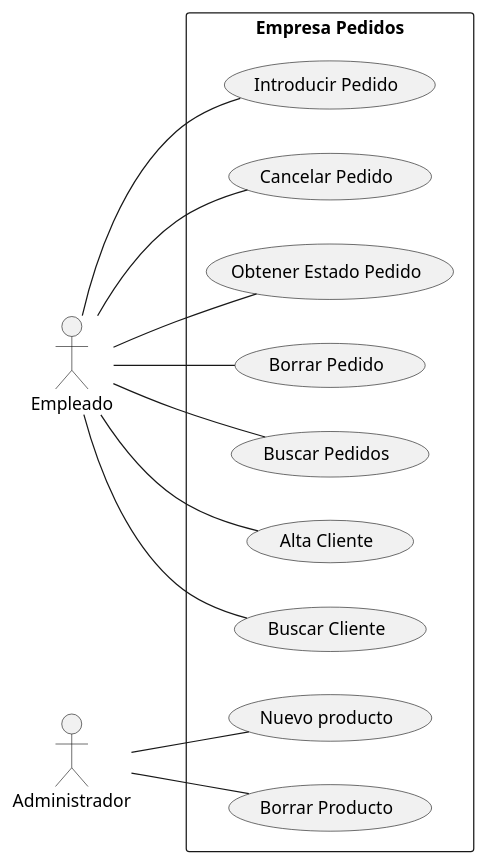
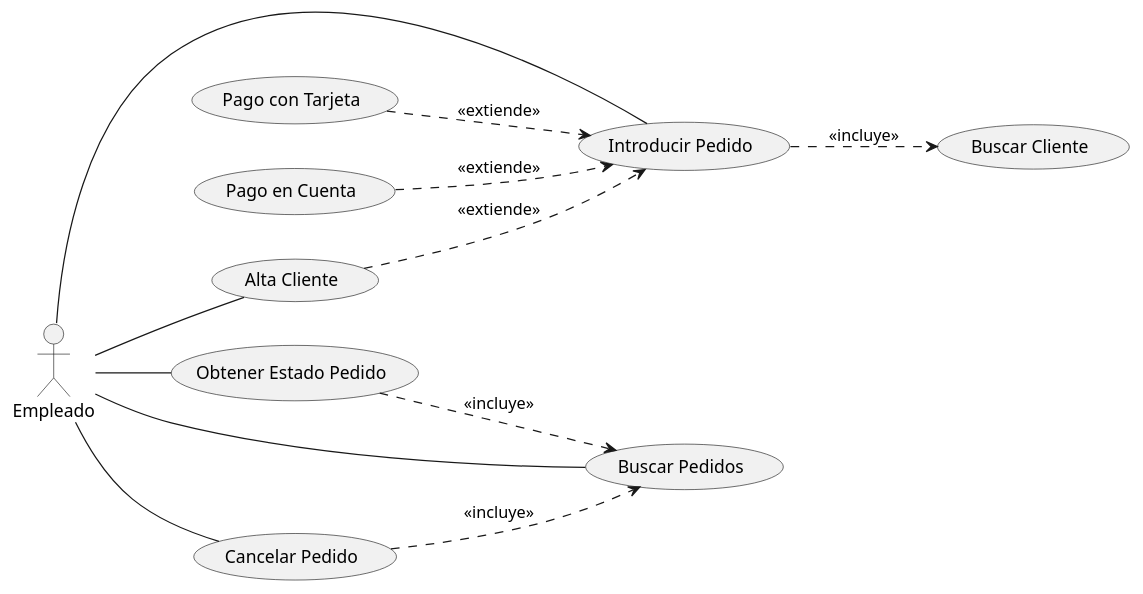
The diagram in src/PlantUML_II.puml (NuriaSan/PlantUML_II_NuriaSanchez), drawn with PlantUML before and after one commit.

Commit message:
Diagrama Estructurado

```diff
--- a/src/PlantUML_II.puml
+++ b/src/PlantUML_II.puml
@@ -1,28 +1,29 @@
 @startuml
 left to right direction
 actor "Empleado" as em
-actor "Administrador" as ad
 
-rectangle "Empresa Pedidos"{
+usecase "Alta Cliente" as ac
 usecase "Introducir Pedido" as ip
 usecase "Cancelar Pedido" as cp
 usecase "Obtener Estado Pedido" as op
-usecase "Borrar Pedido" as bop
 usecase "Buscar Pedidos" as bup
-usecase "Alta Cliente" as ac
 usecase "Buscar Cliente" as bc
-usecase "Nuevo producto" as np
-usecase "Borrar Producto" as bpro
-}
+usecase "Pago con Tarjeta" as pt
+usecase "Pago en Cuenta" as pc
+
+
 em--ip
+"ac"..>ip : <<extiende>>
+"ip"..>bc : <<incluye>>
+em--ac
+em--op
 em--cp
-em--op
-em--bop
 em--bup
-em--ac
-em--bc
-ad--np
-ad--bpro
+"pt"..>ip : <<extiende>>
+"pc"..>ip : <<extiende>>
+"op"..>bup : <<incluye>>
+"cp"..>bup : <<incluye>>
+
 
 
 @enduml
```
